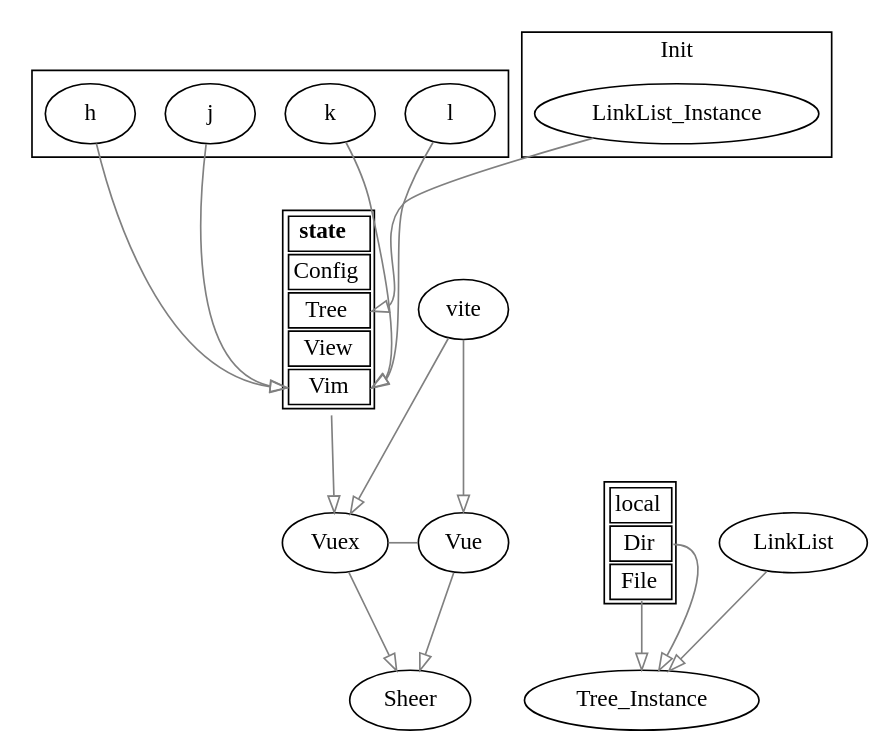
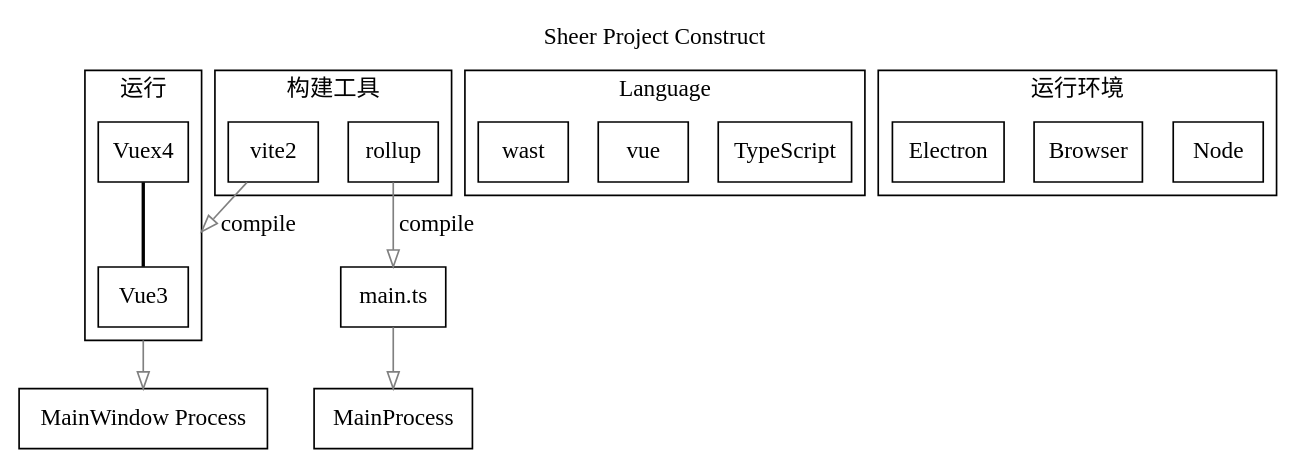
The diagram in construct.dot (WingDust/Sheer), drawn with Graphviz before and after one commit. The commit also changed 22 other files, not shown here.

```diff
--- a/construct.dot
+++ b/construct.dot
@@ -1,84 +1,60 @@
-digraph construct {
 
-    //node [color=gray,shape=box,fontname="Source Code Variable ExtraLight Italic"];
-    //node [fontname="98WB-1"];
-    node [fontname="优设好身体"];
-    edge [color=gray arrowhead = "empty" fontname="Source Code Variable ExtraLight Italic"]
-    {rank=max;Sheer}
 
-    local [
-        shape = plaintext
-        label =<
-        <table border='1' cellborder='1'>
-            <tr><td colspan="1">local</td></tr>
-             <tr>
-             <td port='port_one'>Dir</td>
-            </tr>
-             <tr>
-             <td port='port_two'>File</td>
-            </tr>
-        </table>
-        >
-    ];
-    state [
-        shape = plaintext
-        label =<
-        <table border='1' cellborder='1'>
-            <tr><td  colspan="1"><b>state</b></td></tr>
-             <tr>
-             <td port='port_one'>Config</td>
-            </tr>
-             <tr>
-             <td port='port_two'>Tree</td>
-            </tr>
-             <tr>
-             <td port='port_three'>View</td>
-            </tr>
-             <tr>
-             <td port='port_four'>Vim</td>
-            </tr>
-        </table>
-        >
-    ];
-    subgraph cluster_vim{
-        l;
-        k;
-        j;
-        h;
-    }
-    h -> state:port_four
-    j -> state:port_four
-    k -> state:port_four
-    l -> state:port_four
-    subgraph cluster_init{
-        label = "Init";
-        LinkList_Instance ;
-    }
+digraph  construct{
 
-    subgraph dependencies{
-        // label="asd";
-        // labelloc= "t";
-        Vue;
-        Vuex;
-    }
-    { rank=same; Vue Vuex };
-    Vuex -> Vue[arrowhead=none];
-    Vuex -> {Sheer};
-    state -> Vuex;
-    Vue -> Sheer ;
-    vite -> Vue;
-    vite -> Vuex;
 
-    // subgraph cluster_p{
-    subgraph cluster_datastructure{
-        // label="ad";
-        LinkList
-        pos = "1,2!"
-    }
-    { rank=same; LinkList };
-    LinkList -> Tree_Instance;
-    {LinkList_Instance} -> state:port_two;
+  graph [compound=true fontname="Source Code Variable ExtraLight Italic"]
+  node [color=black,shape=box,fontname="Source Code Variable ExtraLight Italic" ordering=out];
+  edge [ color=gray arrowhead = "empty" fontname="优设好身体"]
 
-    local:port_one -> Tree_Instance;
-    local:port_two -> Tree_Instance;
+  labelloc= "t";
+  label="Sheer Project Construct";
+
+  concentrate=true
+
+  subgraph cluster_dep{
+    graph [fontname="优设好身体"]
+    label="运行";
+    // labelloc= "t";
+    Vue3[fontname="Source Code Variable ExtraLight Italic"]
+    Vuex4[fontname="Source Code Variable ExtraLight Italic"]
+
+    Vuex4 -> Vue3[arrowhead=none penwidth=2 color=black]
+
+  }
+  subgraph clusterDep{
+    graph [fontname="优设好身体"]
+    label="构建工具";
+    rollup[fontname="Source Code Variable ExtraLight Italic"]
+    vite2[fontname="Source Code Variable ExtraLight Italic"]
+  }
+  subgraph clusterlang{
+    graph [fontname="优设好身体"]
+    label="Language";
+    TypeScript[ fontname="Source Code Variable ExtraLight Italic"]
+    vue[fontname="Source Code Variable ExtraLight Italic"]
+    wast[fontname="Source Code Variable ExtraLight Italic"]
+  }
+  subgraph clusterenv{
+    graph [fontname="优设好身体"]
+    label="运行环境";
+    "Node"[fontname="Source Code Variable ExtraLight Italic"]
+    Browser[fontname="Source Code Variable ExtraLight Italic"]
+    Electron[fontname="Source Code Variable ExtraLight Italic"]
+  }
+
+
+  // {rank=max;Sheer}
+  // {rank=same; Vue Vuex };
+
+
+  vite2 -> Vue3 [label=compile  lhead=cluster_dep ]
+  Vue3 -> "MainWindow Process"[ltail=cluster_dep ]
+  rollup -> "main.ts"[label=compile]
+  "main.ts" -> MainProcess
+  // vite -> Vue [label=compile ltail=clusterDep lhead=cluster_dep ]
+  //Vuex -> {Sheer};
+  //state -> Vuex;
+  //Vue -> Sheer ;
+  //vite -> Vuex[label=compile]
 }
```
